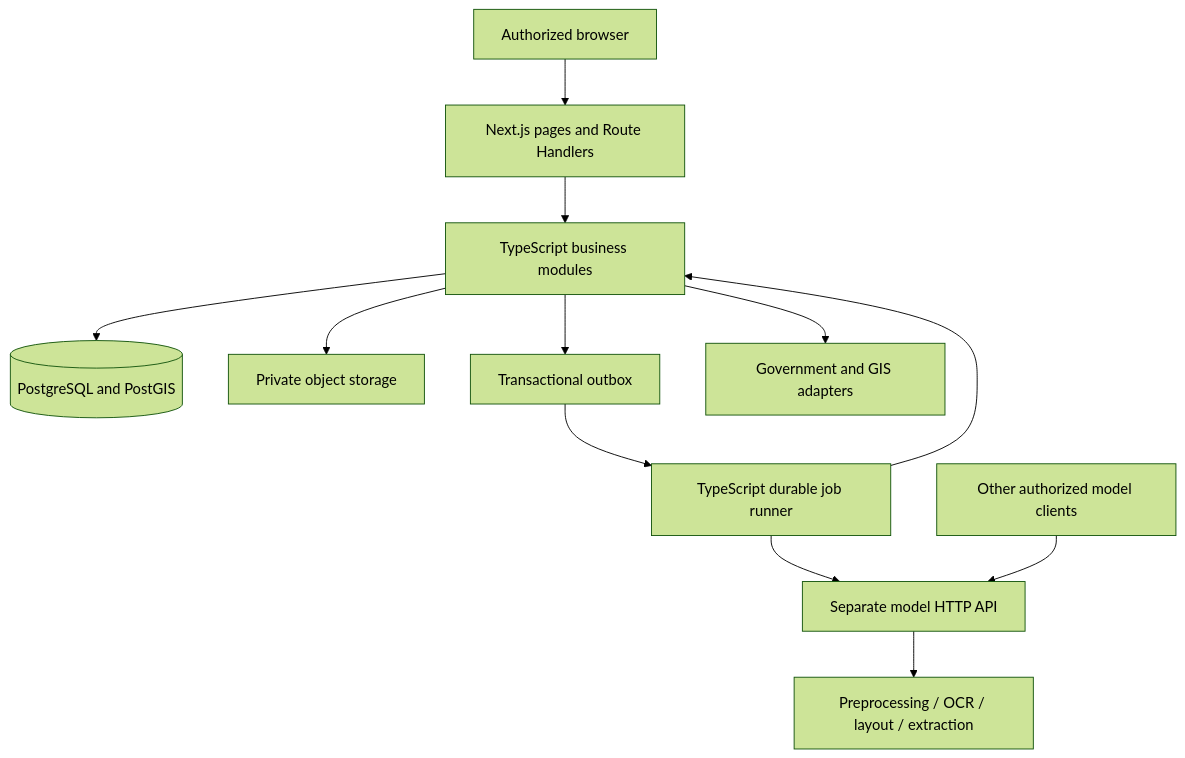
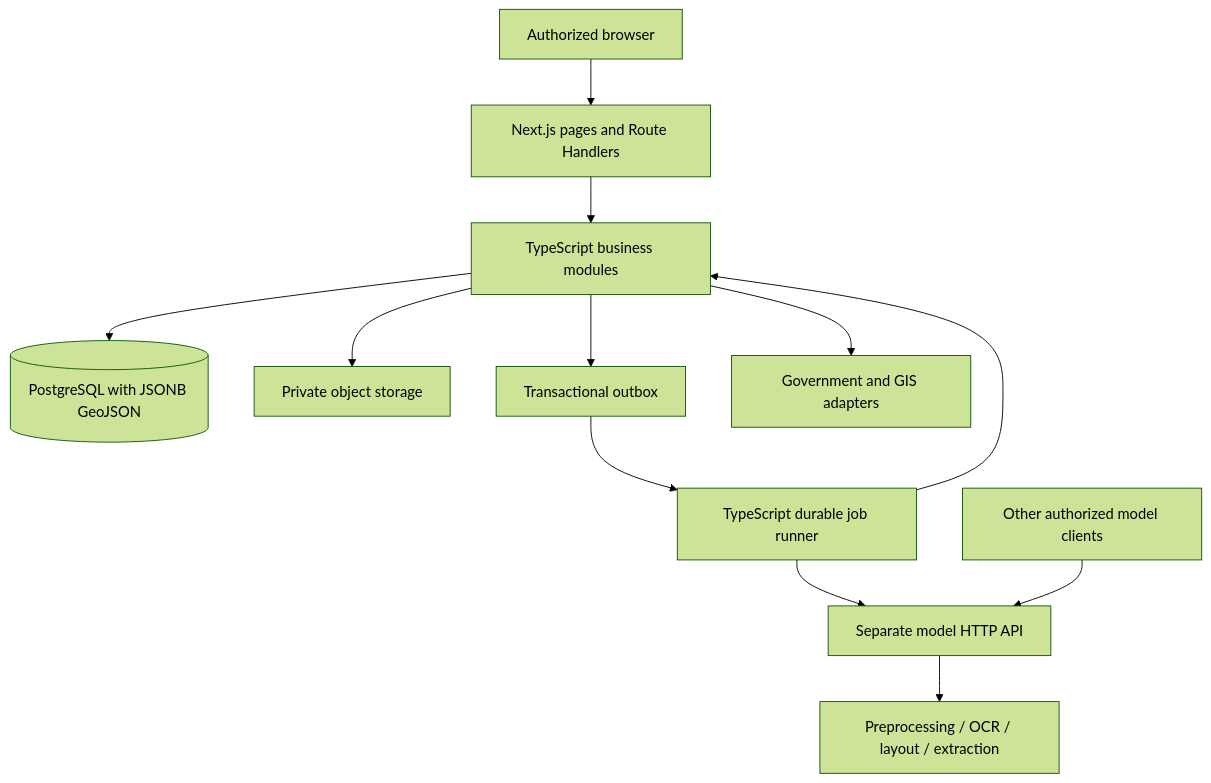
One commit to unseenap/Land_dizitization changed the diagram in docs/ARCHITECTURE.md. Above: the diagram before and after it, drawn with Mermaid (forest theme). The commit also changed other lines of this file and 67 other files, not shown here.

```diff
--- a/docs/ARCHITECTURE.md
+++ b/docs/ARCHITECTURE.md
@@ -7,14 +7,14 @@
 ~~~mermaid
 flowchart TD
   Browser[Authorized browser] --> Next[Next.js pages and Route Handlers]
   Next --> Modules[TypeScript business modules]
-  Modules --> DB[(PostgreSQL and PostGIS)]
+  Modules --> DB[(PostgreSQL with JSONB GeoJSON)]
   Modules --> Store[Private object storage]
   Modules --> Outbox[Transactional outbox]
   Outbox --> Worker[TypeScript durable job runner]
   Worker --> Model[Separate model HTTP API]
   Model --> Inference[Preprocessing / OCR / layout / extraction]
   Worker --> Modules
   Modules --> Gov[Government and GIS adapters]
   Other[Other authorized model clients] --> Model
 ~~~
```
